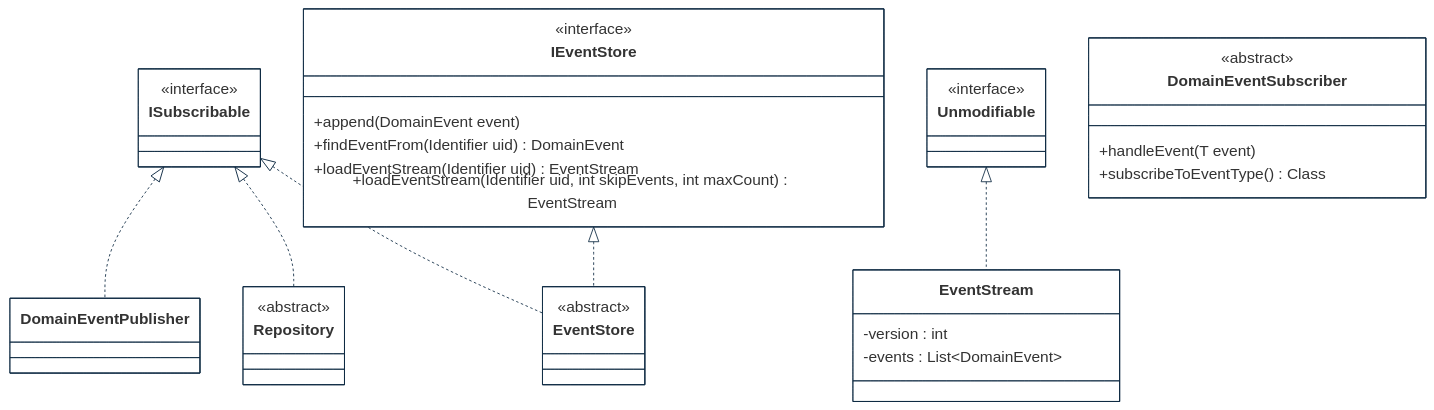
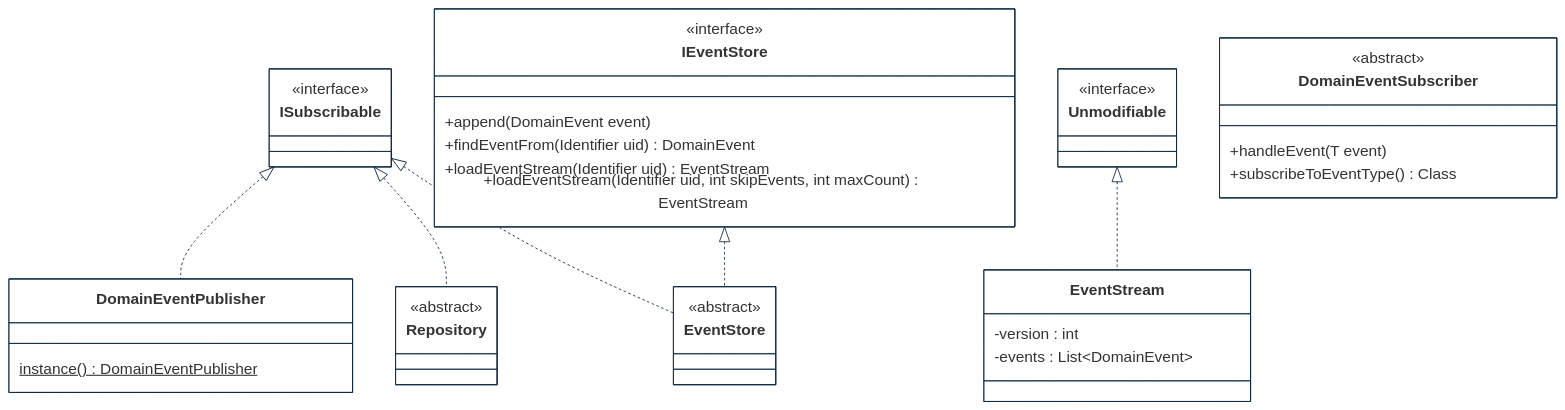
The third of 5 diagrams in implementations-line/framework/domain/designview-packages.md (cybnity/foundation), drawn with Mermaid before and after one commit. The commit also changed other lines of this file, not shown here.

````diff
--- a/implementations-line/framework/domain/designview-packages.md
+++ b/implementations-line/framework/domain/designview-packages.md
@@ -95,55 +94,58 @@
 ```mermaid
 %%{
   init: {
     'theme': 'base',
     'themeVariables': {
         'background': '#ffffff',
         'fontFamily': 'arial',
         'fontSize': '18px',
         'primaryColor': '#fff',
         'primaryBorderColor': '#0e2a43',
         'secondaryBorderColor': '#0e2a43',
         'tertiaryBorderColor': '#0e2a43',
         'edgeLabelBackground':'#0e2a43',
         'lineColor': '#0e2a43',
         'tertiaryColor': '#fff'
     }
   }
 }%%
 classDiagram
     ISubscribable <|.. DomainEventPublisher
     ISubscribable <|.. Repository
     ISubscribable <|.. EventStore
     IEventStore <|.. EventStore
     Unmodifiable <|.. EventStream
 
     class ISubscribable {
         <<interface>>
     }
     class EventStore {
         <<abstract>>
     }
     class IEventStore {
         <<interface>>
         +append(DomainEvent event)
         +findEventFrom(Identifier uid) DomainEvent
         +loadEventStream(Identifier uid) EventStream
         +loadEventStream(Identifier uid, int skipEvents, int maxCount) EventStream
     }
     class Repository {
         <<abstract>>
     }
     class DomainEventSubscriber {
         <<abstract>>
         +handleEvent(T event)
         +subscribeToEventType() Class
     }
+    class DomainEventPublisher {
+        instance() DomainEventPublisher$
+    }
     class EventStream {
         -version : int
         -events : List~DomainEvent~
     }
     class Unmodifiable {
         <<interface>>
     }
 
 ```
````
